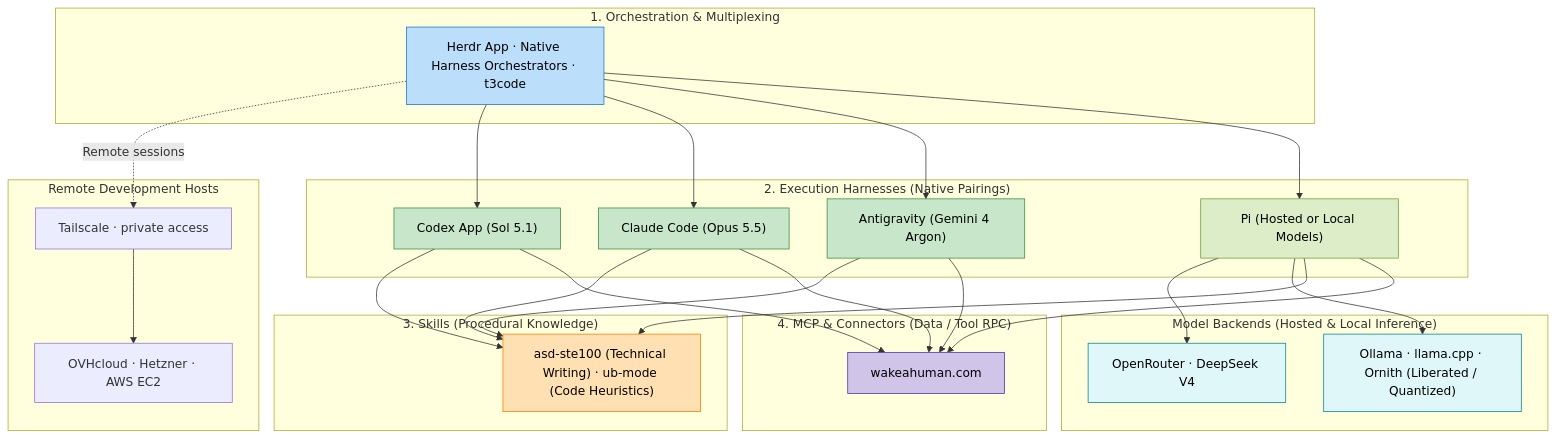
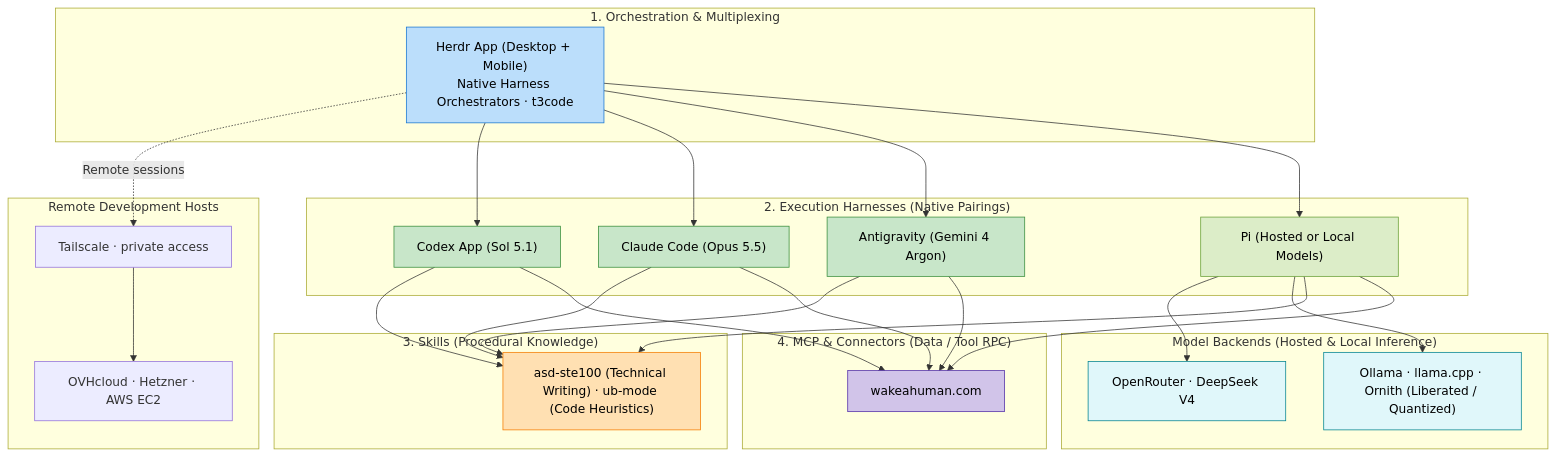
One commit to gel/gel.github.io changed the first of 2 diagrams in content/generative-ai/1-intro/1_genai_environment.md. Above: the diagram before and after it, drawn with Mermaid. The commit also changed other lines of this file and 1 other file, not shown here.

Commit message:
Include Herdr Mobile in agentic stack and workspace

````diff
--- a/content/generative-ai/1-intro/1_genai_environment.md
+++ b/content/generative-ai/1-intro/1_genai_environment.md
@@ -16,48 +16,48 @@
 ```mermaid
 flowchart TD
     subgraph Layer1["1. Orchestration & Multiplexing"]
-        Orch["Herdr App · Native Harness Orchestrators · t3code"]
+        Orch["Herdr App (Desktop + Mobile)<br/>Native Harness Orchestrators · t3code"]
     end
 
     subgraph Layer2["2. Execution Harnesses (Native Pairings)"]
         H_OpenAI["Codex App (Sol 5.1)"]
         H_Anthropic["Claude Code (Opus 5.5)"]
         H_Google["Antigravity (Gemini 4 Argon)"]
         H_Pi["Pi (Hosted or Local Models)"]
     end
 
     subgraph Layer3["3. Skills (Procedural Knowledge)"]
         Skills["asd-ste100 (Technical Writing) · ub-mode (Code Heuristics)"]
     end
 
     subgraph Layer4["4. MCP & Connectors (Data / Tool RPC)"]
         MCP["wakeahuman.com"]
     end
 
     subgraph Backends["Model Backends (Hosted & Local Inference)"]
         Hosted["OpenRouter · DeepSeek V4"]
         Local["Ollama · llama.cpp · Ornith (Liberated / Quantized)"]
     end
     H_Pi --> Hosted & Local
 
     subgraph Remote["Remote Development Hosts"]
         Tailnet["Tailscale · private access"]
         Machines["OVHcloud · Hetzner · AWS EC2"]
         Tailnet --> Machines
     end
     Orch -.->|Remote sessions| Tailnet
 
     Orch --> H_OpenAI & H_Anthropic & H_Google & H_Pi
     H_OpenAI & H_Anthropic & H_Google & H_Pi --> Skills
     H_OpenAI & H_Anthropic & H_Google & H_Pi --> MCP
 
     style Orch fill:#bbdefb,stroke:#1976d2,color:#000
     style H_OpenAI fill:#c8e6c9,stroke:#388e3c,color:#000
     style H_Google fill:#c8e6c9,stroke:#388e3c,color:#000
     style H_Pi fill:#dcedc8,stroke:#689f38,color:#000
     style H_Anthropic fill:#c8e6c9,stroke:#388e3c,color:#000
     style Hosted fill:#e0f7fa,stroke:#00838f,color:#000
     style Local fill:#e0f7fa,stroke:#00838f,color:#000
     style Skills fill:#ffe0b2,stroke:#f57c00,color:#000
     style MCP fill:#d1c4e9,stroke:#512da8,color:#000
 ```
````
